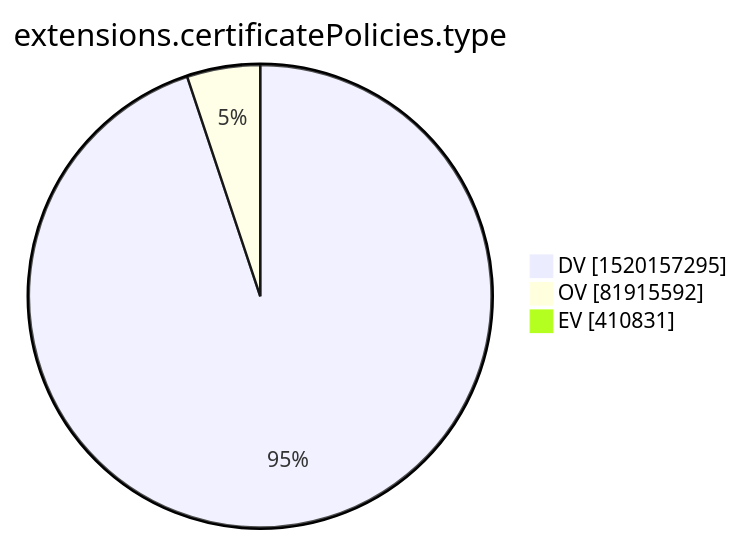
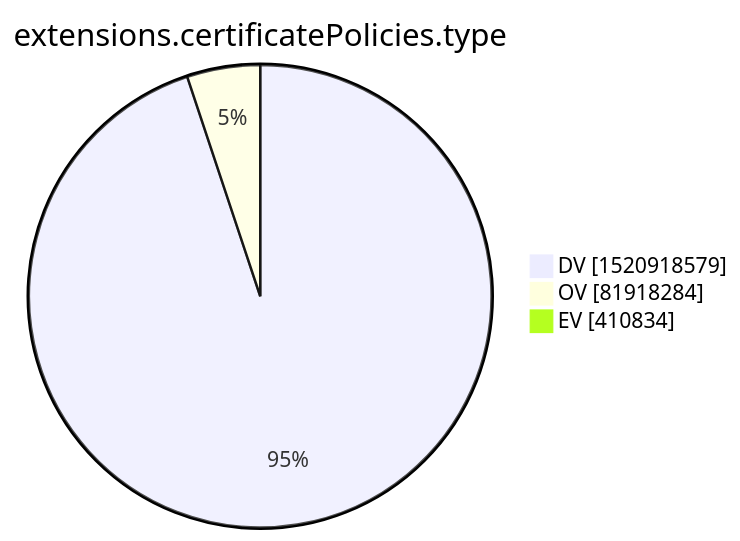
One commit to christiankrug/ctmonitor_visualization changed the tenth of 15 diagrams in xenon2022/README.md. Above: the diagram before and after it, drawn with Mermaid. The commit also changed other lines of this file, not shown here.

````diff
--- a/xenon2022/README.md
+++ b/xenon2022/README.md
@@ -2875,7 +2875,7 @@
 ```mermaid
 pie showData
 title extensions.certificatePolicies.type
-"DV" :1520157295
-"OV" :81915592
-"EV" :410831
+"DV" :1520918579
+"OV" :81918284
+"EV" :410834
 ```
````
